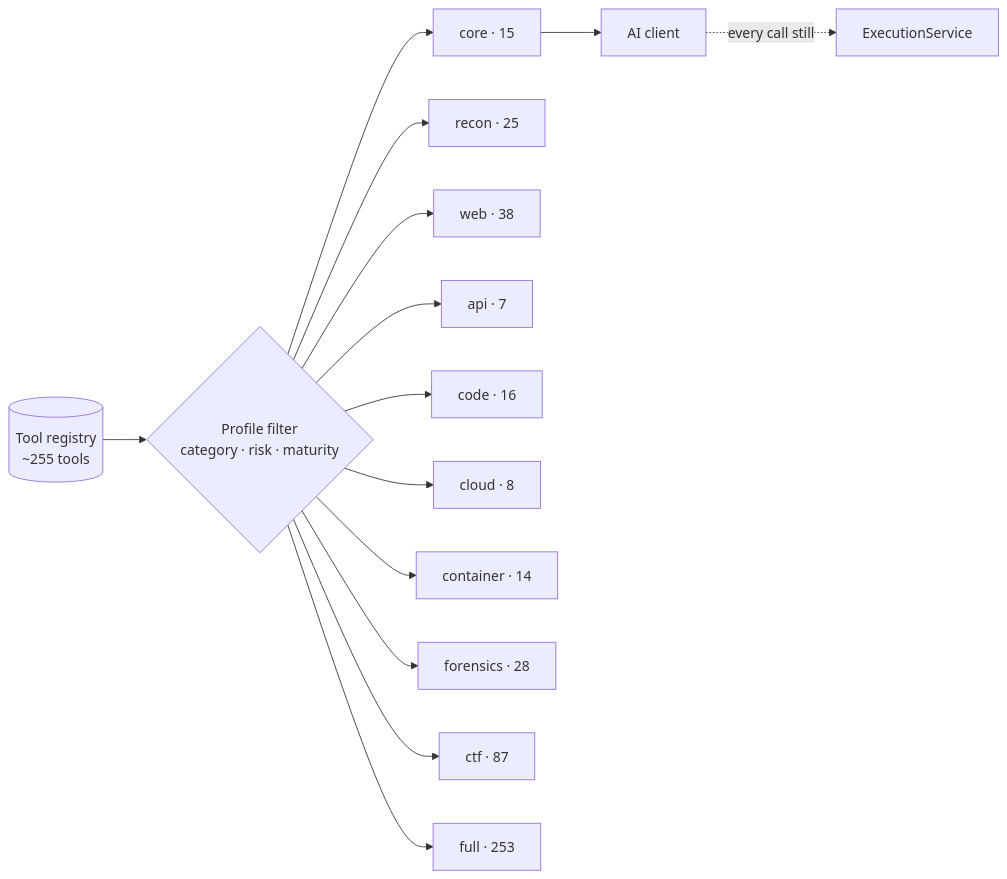
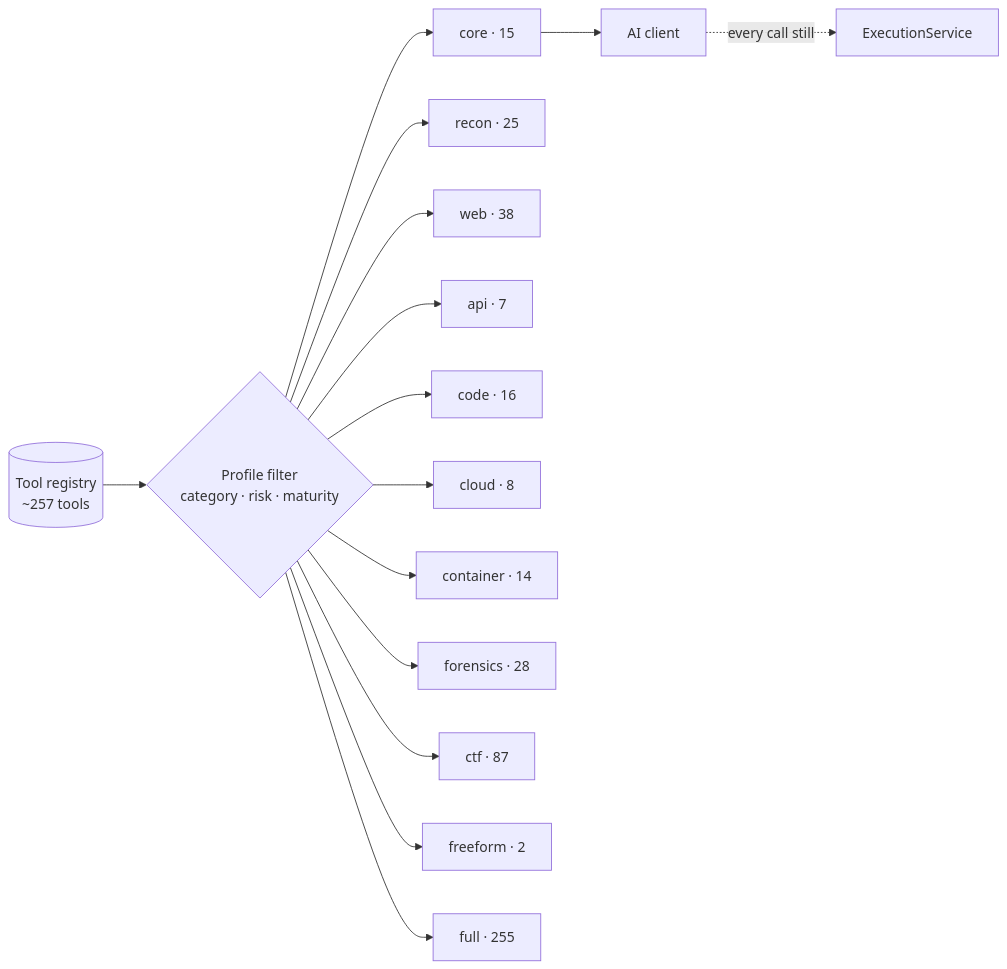
The sixth of 6 diagrams in docs/architecture.md (Arseno25/nexhunter), drawn with Mermaid before and after one commit. The commit also changed other lines of this file and 13 other files, not shown here.

First line of the commit message:
feat(freeform): HexStrike-style shell_command and python_script tools

````diff
--- a/docs/architecture.md
+++ b/docs/architecture.md
@@ -196,17 +200,18 @@
 ```mermaid
 flowchart LR
-    REG[(Tool registry<br/>~255 tools)] --> F{Profile filter<br/>category · risk · maturity}
+    REG[(Tool registry<br/>~257 tools)] --> F{Profile filter<br/>category · risk · maturity}
     F --> C[core · 15]
     F --> RC[recon · 25]
     F --> W[web · 38]
     F --> AP[api · 7]
     F --> CD[code · 16]
     F --> CL[cloud · 8]
     F --> CT[container · 14]
     F --> FR[forensics · 28]
     F --> CTF[ctf · 87]
-    F --> FU[full · 253]
+    F --> FF[freeform · 2]
+    F --> FU[full · 255]
 
     C --> CLIENT[AI client]
     CLIENT -.->|every call still| SVC[ExecutionService]
 ```
````
